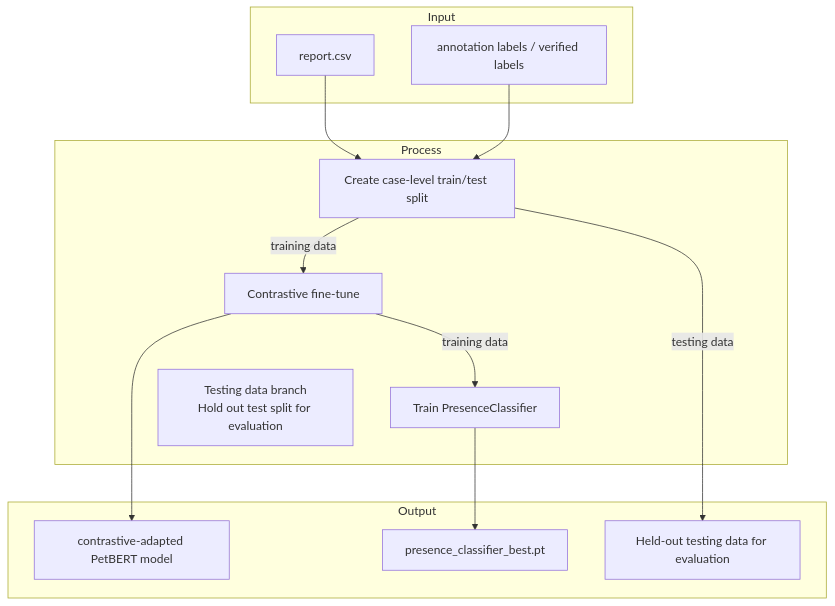
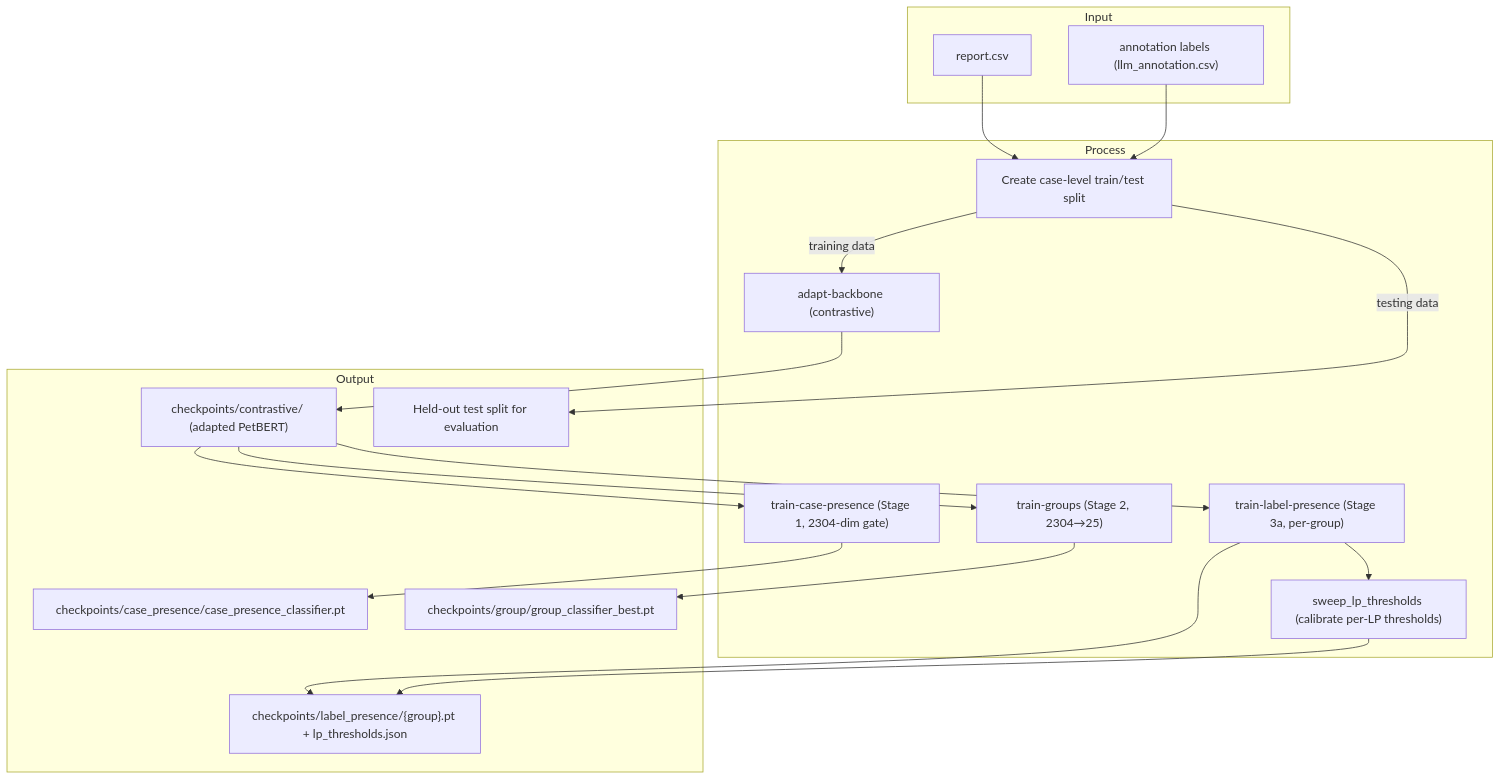
The diagram in ml/documentation/training-guide.md (YugrajD/UC-Davis-VMTH-Cancer-Registry), drawn with Mermaid before and after one commit. The commit also changed other lines of this file and 116 other files, not shown here.

First line of the commit message:
Refactor PetBERT pipeline to 4-stage label-presence architecture

````diff
--- a/ml/documentation/training-guide.md
+++ b/ml/documentation/training-guide.md
@@ -25,28 +30,34 @@
 ```mermaid
 flowchart TD
     subgraph IN2["Input"]
         A["report.csv"]
-        B["annotation labels / verified labels"]
+        B["annotation labels (llm_annotation.csv)"]
     end
 
     subgraph P2["Process"]
         C["Create case-level train/test split"]
-        D["Contrastive fine-tune"]
-        E["Train PresenceClassifier"]
-        F["Testing data branch<br/>Hold out test split for evaluation"]
+        D["adapt-backbone (contrastive)"]
+        E1["train-case-presence (Stage 1, 2304-dim gate)"]
+        E2["train-groups (Stage 2, 2304→25)"]
+        E3["train-label-presence (Stage 3a, per-group)"]
+        E4["sweep_lp_thresholds (calibrate per-LP thresholds)"]
     end
 
     subgraph OUT2["Output"]
-        G["contrastive-adapted PetBERT model"]
-        H["presence_classifier_best.pt"]
-        I["Held-out testing data for evaluation"]
+        G["checkpoints/contrastive/ (adapted PetBERT)"]
+        H1["checkpoints/case_presence/case_presence_classifier.pt"]
+        H2["checkpoints/group/group_classifier_best.pt"]
+        H3["checkpoints/label_presence/{group}.pt + lp_thresholds.json"]
+        I["Held-out test split for evaluation"]
     end
 
     A --> C
     B --> C
     C -->|"training data"| D
     D --> G
-    D -->|"training data"| E
-    E --> H
+    G --> E1 --> H1
+    G --> E2 --> H2
+    G --> E3 --> H3
+    E3 --> E4 --> H3
     C -->|"testing data"| I
 ```
````
